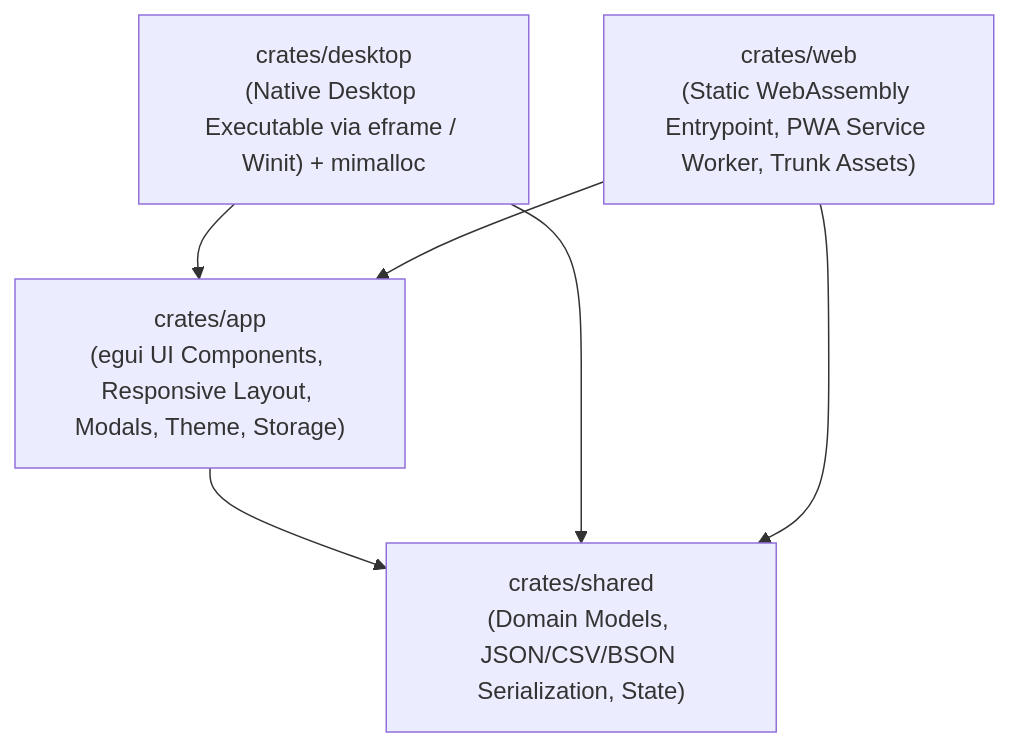
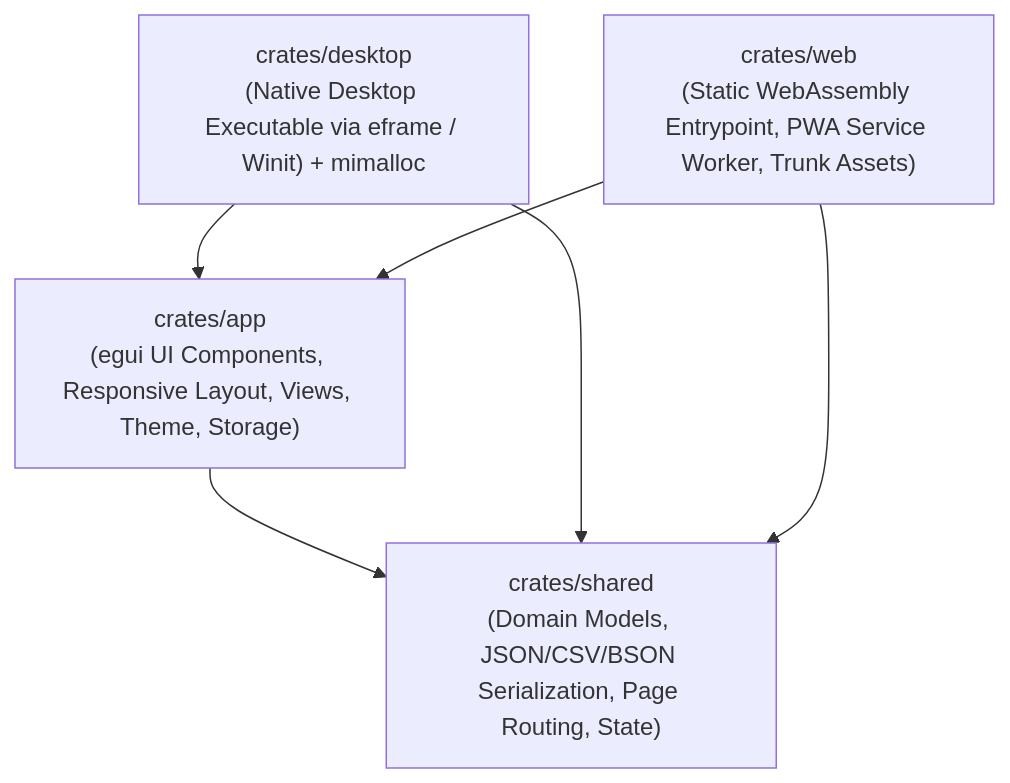
Before and after one commit to Flaming-Chicken/efficient-egui-template: the diagram in README.md, drawn with Mermaid. The commit also changed other lines of this file and 10 other files, not shown here.

Commit message:
feat(ui, docs): add multi-page routing with Dashboard and About views, status footer, and comprehensive template docs

````diff
--- a/README.md
+++ b/README.md
@@ -20,13 +32,13 @@
 ```mermaid
 graph TD
-    Shared["crates/shared<br/>(Domain Models, JSON/CSV/BSON Serialization, State)"]
-    App["crates/app<br/>(egui UI Components, Responsive Layout, Modals, Theme, Storage)"]
+    Shared["crates/shared<br/>(Domain Models, JSON/CSV/BSON Serialization, Page Routing, State)"]
+    App["crates/app<br/>(egui UI Components, Responsive Layout, Views, Theme, Storage)"]
     Desktop["crates/desktop<br/>(Native Desktop Executable via eframe / Winit) + mimalloc"]
     Web["crates/web<br/>(Static WebAssembly Entrypoint, PWA Service Worker, Trunk Assets)"]
 
     App --> Shared
     Desktop --> App
     Desktop --> Shared
     Web --> App
     Web --> Shared
 ```
````
